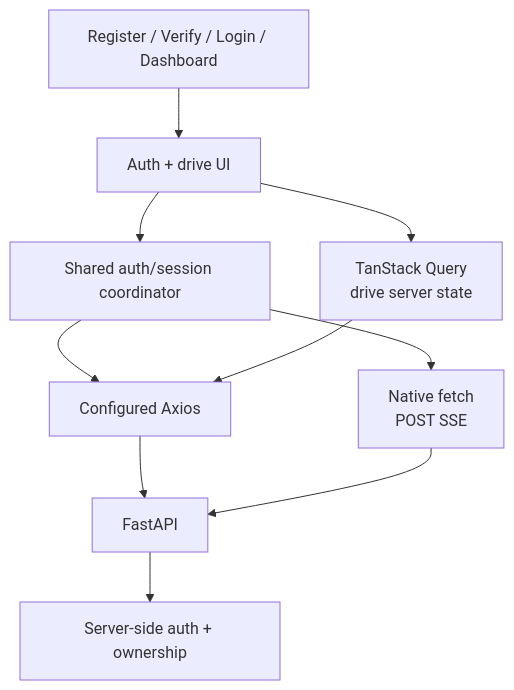
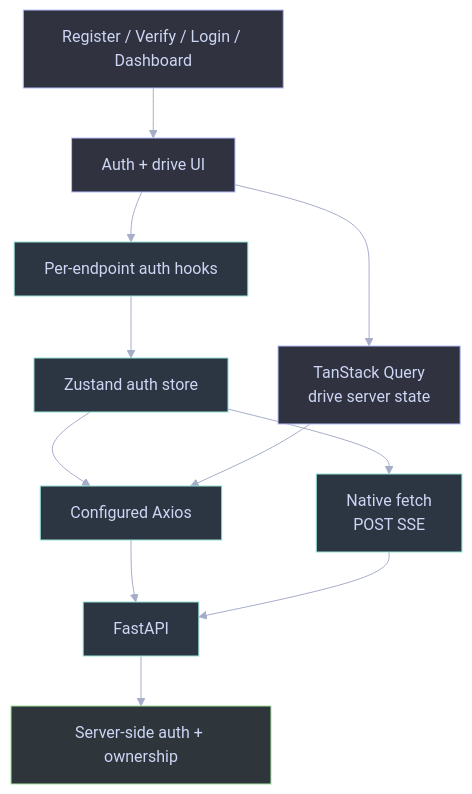
Before and after one commit to RyxnDmello/atlas: the fourth of 5 diagrams in client/AGENTS.md, drawn with Mermaid. The commit also changed other lines of this file and 46 other files, not shown here.

First line of the commit message:
feat(client, auth): complete shared authentication foundation

````diff
--- a/client/AGENTS.md
+++ b/client/AGENTS.md
@@ -266,12 +314,25 @@
 ```mermaid
+%%{init: {'theme': 'base', 'themeVariables': {'background': '#1e1e2e', 'primaryColor': '#45475a', 'primaryTextColor': '#cdd6f4', 'primaryBorderColor': '#89b4fa', 'lineColor': '#a6adc8', 'secondaryColor': '#313244', 'tertiaryColor': '#181825', 'fontFamily': 'Inter, sans-serif'}}}%%
 flowchart TD
     Routes["Register / Verify / Login / Dashboard"] --> AuthUI["Auth + drive UI"]
-    AuthUI --> Session["Shared auth/session coordinator"]
+    AuthUI --> Hooks["Per-endpoint auth hooks"]
+    Hooks --> Session["Zustand auth store"]
     AuthUI --> Query["TanStack Query<br/>drive server state"]
     Session --> Axios["Configured Axios"]
     Session --> Fetch["Native fetch<br/>POST SSE"]
     Query --> Axios
     Axios --> API["FastAPI"]
     Fetch --> API
     API --> Guard["Server-side auth + ownership"]
+    class Routes,AuthUI,Query planned;
+    class Hooks,Session,Axios,Fetch service;
+    class API service;
+    class Guard verified;
+    classDef client fill:#2b3046,stroke:#89b4fa,stroke-width:1px,color:#cdd6f4;
+    classDef service fill:#2c3642,stroke:#94e2d5,stroke-width:1px,color:#cdd6f4;
+    classDef storage fill:#332e46,stroke:#cba6f7,stroke-width:1px,color:#cdd6f4;
+    classDef verified fill:#2e363c,stroke:#a6e3a1,stroke-width:1px,color:#cdd6f4;
+    classDef planned fill:#30323f,stroke:#b4befe,stroke-width:1px,color:#cdd6f4;
+    classDef caution fill:#38362e,stroke:#f9e2af,stroke-width:1px,color:#cdd6f4;
+    classDef denied fill:#39303d,stroke:#f38ba8,stroke-width:1px,color:#cdd6f4;
 ```
````
